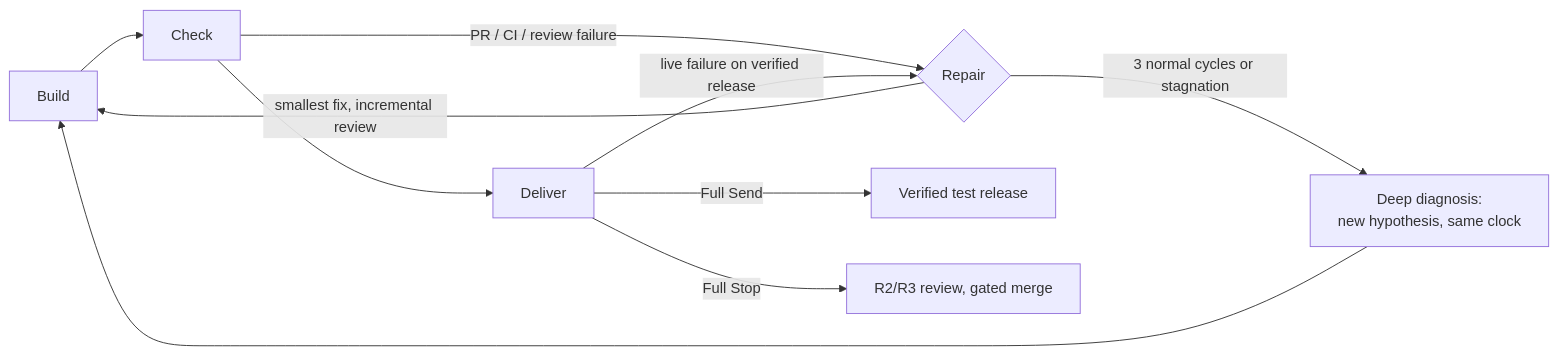
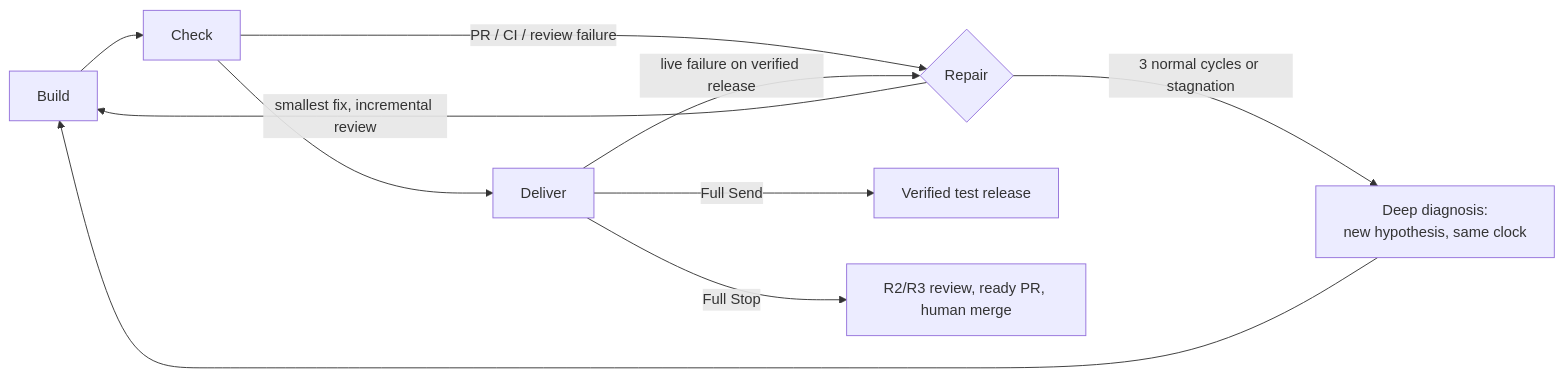
The diagram in README.md (Pattedyret/patstack), drawn with Mermaid before and after one commit. The commit also changed other lines of this file and 134 other files, not shown here.

````diff
--- a/README.md
+++ b/README.md
@@ -107,12 +108,12 @@
 ```mermaid
 flowchart LR
   B[Build] --> C[Check]
   C --> D[Deliver]
   C -- PR / CI / review failure --> R{Repair}
   D -- live failure on verified release --> R
   R -- smallest fix, incremental review --> B
   R -- 3 normal cycles or stagnation --> X[Deep diagnosis:<br/>new hypothesis, same clock]
   X --> B
   D -- Full Send --> L[Verified test release]
-  D -- Full Stop --> P[R2/R3 review, gated merge]
+  D -- Full Stop --> P[R2/R3 review, ready PR, human merge]
 ```
````
